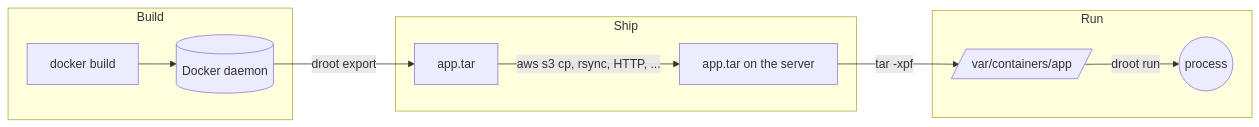
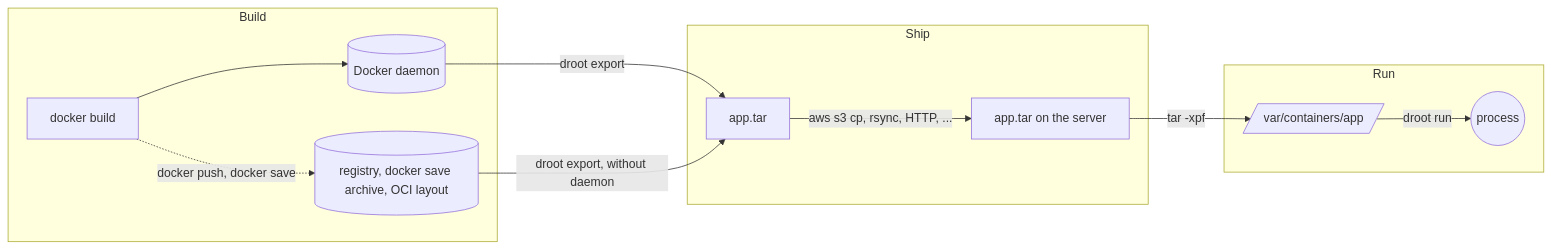
One commit to yuuki/droot changed the first of 2 diagrams in documentation/architecture.md. Above: the diagram before and after it, drawn with Mermaid. The commit also changed other lines of this file and 22 other files, not shown here.

First line of the commit message:
export: read images without a Docker daemon

````diff
--- a/documentation/architecture.md
+++ b/documentation/architecture.md
@@ -6,14 +6,16 @@
 ```mermaid
 flowchart LR
   subgraph Build
     A[docker build] --> B[(Docker daemon)]
+    A -.->|docker push, docker save| R[(registry, docker save archive, OCI layout)]
   end
   subgraph Ship
     B -->|droot export| C[app.tar]
+    R -->|droot export, without daemon| C
     C -->|aws s3 cp, rsync, HTTP, ...| D[app.tar on the server]
   end
   subgraph Run
     D -->|tar -xpf| E[/var/containers/app/]
     E -->|droot run| F((process))
   end
 ```
````
